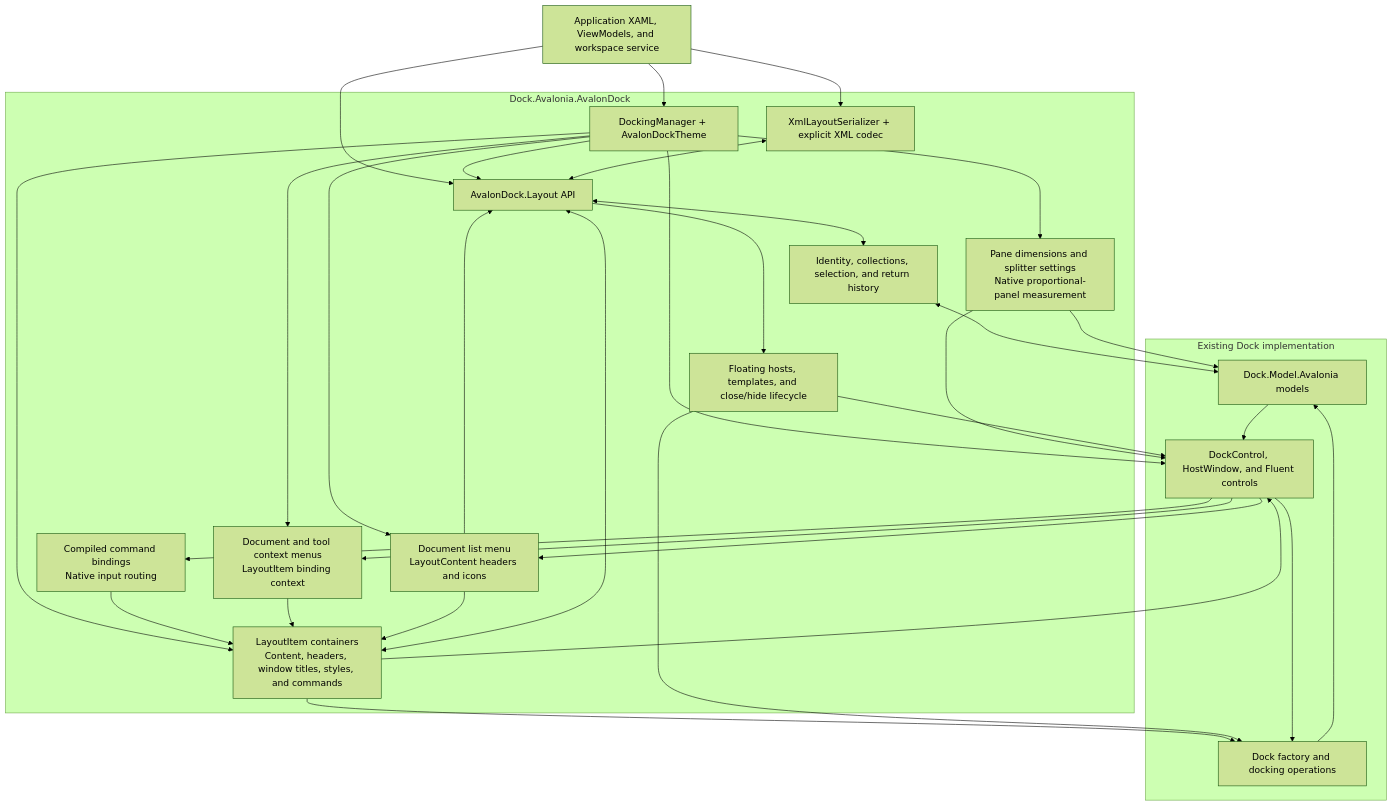
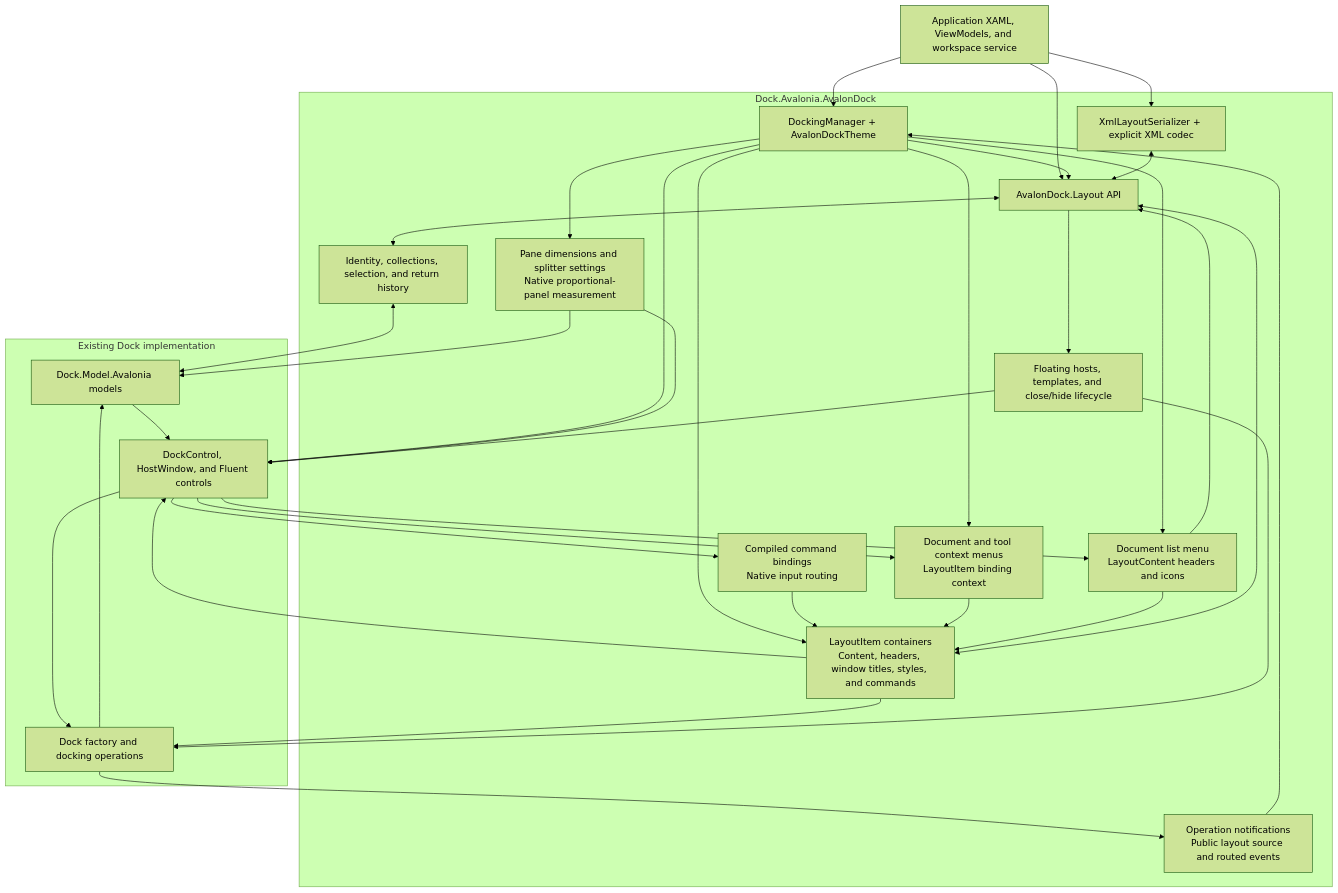
Before and after one commit to wieslawsoltes/Dock: the diagram in docfx/articles/dock-avalondock.md, drawn with Mermaid (forest theme). The commit also changed other lines of this file and 18 other files, not shown here.

Commit message:
Raise AvalonDock routed events around native docking operations

````diff
--- a/docfx/articles/dock-avalondock.md
+++ b/docfx/articles/dock-avalondock.md
@@ -593,51 +634,54 @@
 ```mermaid
 flowchart TB
     App["Application XAML, ViewModels, and workspace service"]
     subgraph Compatibility["Dock.Avalonia.AvalonDock"]
         Manager["DockingManager + AvalonDockTheme"]
         Layout["AvalonDock.Layout API"]
         Items["LayoutItem containers<br/>Content, headers, window titles, styles, and commands"]
         Commands["Compiled command bindings<br/>Native input routing"]
         Menus["Document and tool context menus<br/>LayoutItem binding context"]
         DocumentList["Document list menu<br/>LayoutContent headers and icons"]
         Bridge["Identity, collections, selection, and return history"]
         Sizing["Pane dimensions and splitter settings<br/>Native proportional-panel measurement"]
         Lifecycle["Floating hosts, templates, and close/hide lifecycle"]
+        Events["Operation notifications<br/>Public layout source and routed events"]
         Xml["XmlLayoutSerializer + explicit XML codec"]
     end
     subgraph Native["Existing Dock implementation"]
         Models["Dock.Model.Avalonia models"]
         Factory["Dock factory and docking operations"]
         Controls["DockControl, HostWindow, and Fluent controls"]
     end
     App --> Manager
     App --> Layout
     App --> Xml
     Manager --> Layout
     Manager --> Items
     Items <--> Layout
     Items --> Factory
     Items --> Controls
     Controls --> Commands
     Commands --> Items
     Manager --> Menus
     Controls --> Menus
     Menus --> Items
     Manager --> DocumentList
     Controls --> DocumentList
     DocumentList --> Layout
     DocumentList --> Items
     Manager --> Controls
     Layout <--> Bridge
     Bridge <--> Models
     Manager --> Sizing
     Sizing --> Models
     Sizing --> Controls
     Layout --> Lifecycle
     Lifecycle --> Factory
     Lifecycle --> Controls
     Controls --> Factory
     Factory --> Models
+    Factory --> Events
+    Events --> Manager
     Models --> Controls
     Xml <--> Layout
 ```
````
